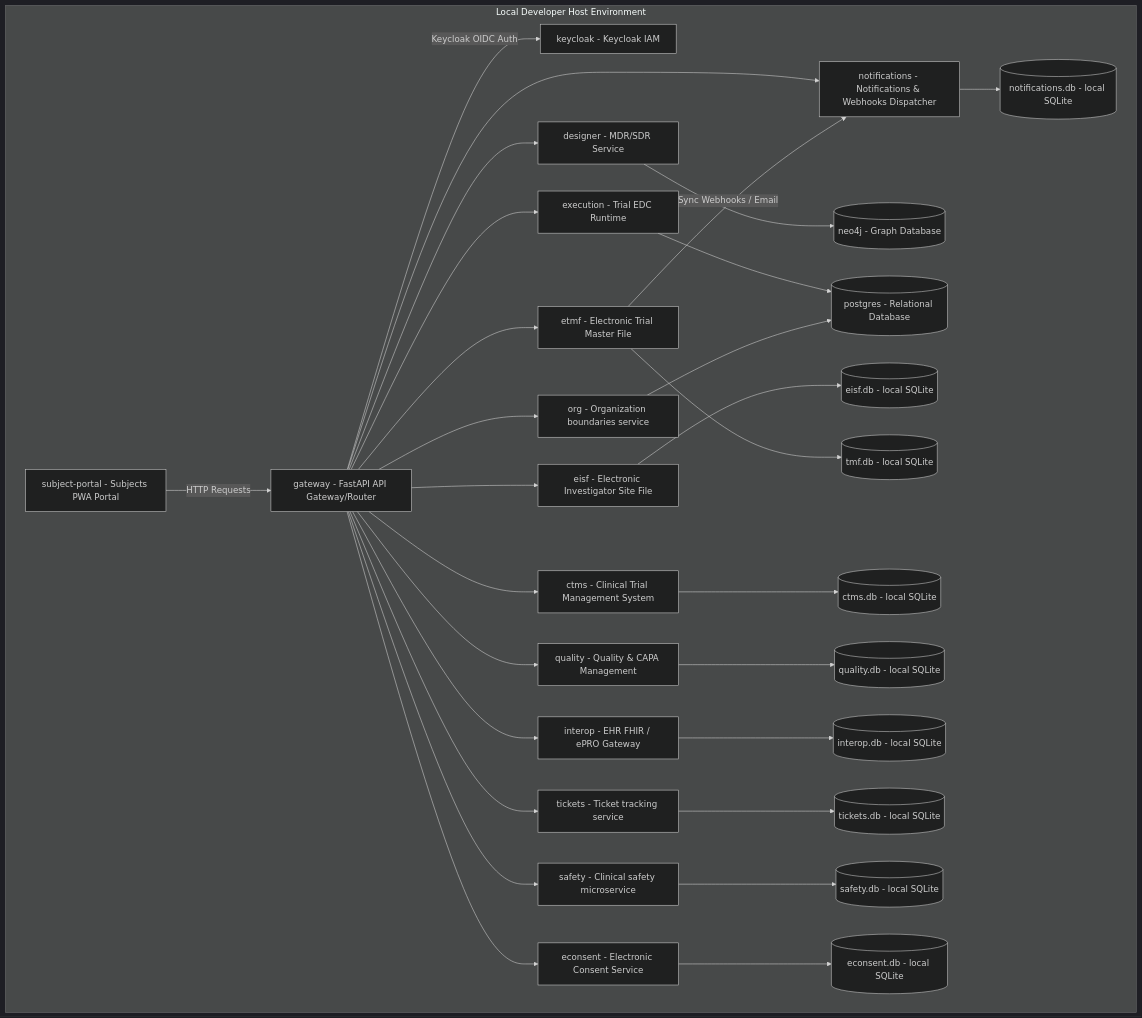
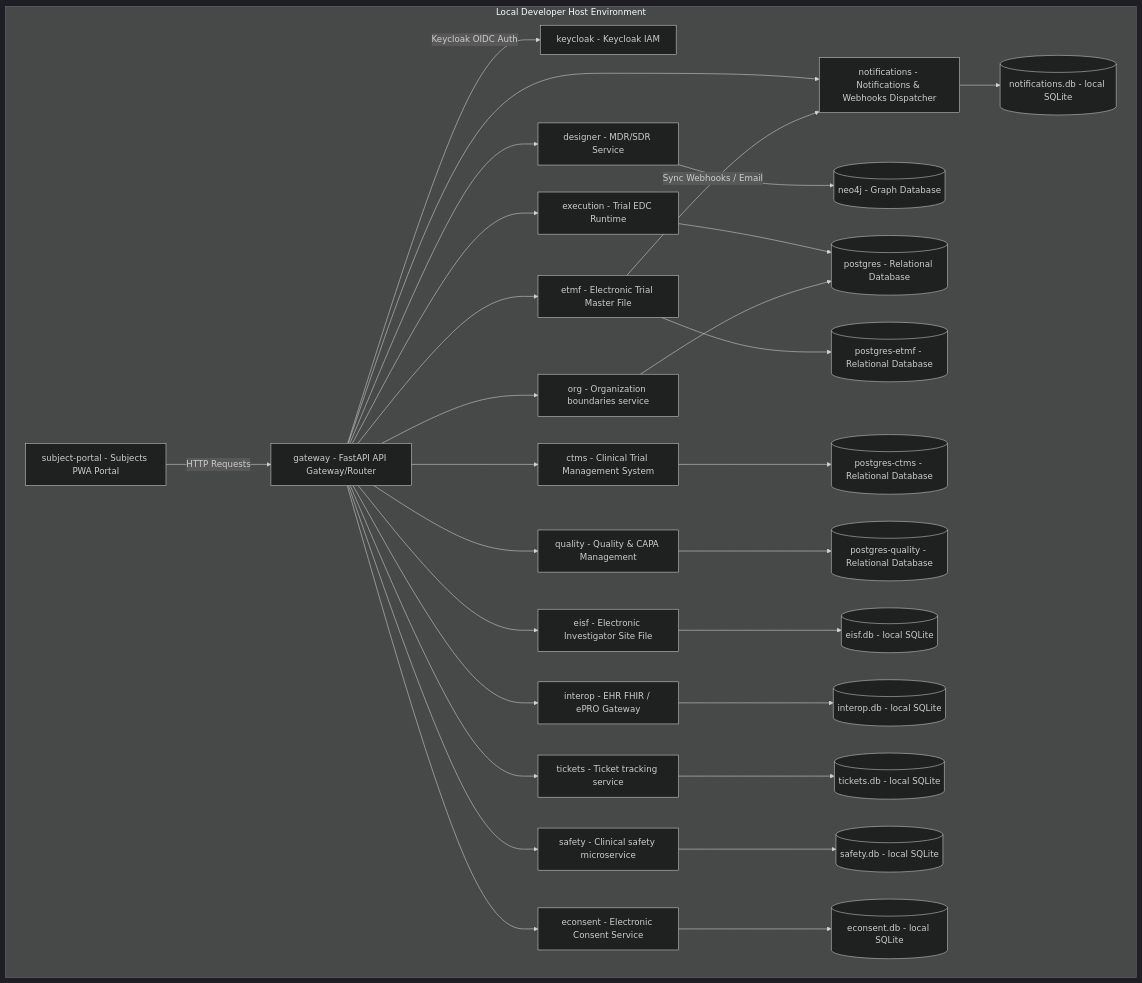
One commit to fderuiter/cadence-clinical changed the first of 2 diagrams in ARCHITECTURE.md. Above: the diagram before and after it, drawn with Mermaid (dark theme). The commit also changed other lines of this file and 1 other file, not shown here.

Commit message:
docs: update architecture diagrams to map dedicated PostgreSQL services

````diff
--- a/ARCHITECTURE.md
+++ b/ARCHITECTURE.md
@@ -162,72 +162,72 @@
 ```mermaid
 flowchart TD
     subgraph Local Developer Host Environment
         subject-portal[subject-portal - Subjects PWA Portal]
         gateway[gateway - FastAPI API Gateway/Router]
         keycloak[keycloak - Keycloak IAM]
         designer[designer - MDR/SDR Service]
         execution[execution - Trial EDC Runtime]
         org[org - Organization boundaries service]
         eisf[eisf - Electronic Investigator Site File]
         etmf[etmf - Electronic Trial Master File]
         ctms[ctms - Clinical Trial Management System]
         quality[quality - Quality & CAPA Management]
         interop[interop - EHR FHIR / ePRO Gateway]
         tickets[tickets - Ticket tracking service]
         safety[safety - Clinical safety microservice]
         notifications[notifications - Notifications & Webhooks Dispatcher]
         econsent[econsent - Electronic Consent Service]
 
         %% Databases
         postgres[(postgres - Relational Database)]
+        postgres-etmf[(postgres-etmf - Relational Database)]
+        postgres-ctms[(postgres-ctms - Relational Database)]
+        postgres-quality[(postgres-quality - Relational Database)]
         neo4j[(neo4j - Graph Database)]
 
         %% SQLite file boundaries
         sqlite_eisf[(eisf.db - local SQLite)]
-        sqlite_etmf[(tmf.db - local SQLite)]
-        sqlite_ctms[(ctms.db - local SQLite)]
-        sqlite_quality[(quality.db - local SQLite)]
         sqlite_interop[(interop.db - local SQLite)]
         sqlite_tickets[(tickets.db - local SQLite)]
         sqlite_safety[(safety.db - local SQLite)]
         sqlite_notifications[(notifications.db - local SQLite)]
         sqlite_econsent[(econsent.db - local SQLite)]
     end
 
     %% Routing Flow
     subject-portal -->|HTTP Requests| gateway
     gateway -->|Keycloak OIDC Auth| keycloak
 
     %% API Routing
     gateway --> designer
     gateway --> execution
     gateway --> org
     gateway --> eisf
     gateway --> etmf
     gateway --> ctms
     gateway --> quality
     gateway --> interop
     gateway --> tickets
     gateway --> safety
     gateway --> notifications
     gateway --> econsent
 
     %% Shared storage connections
     designer --> neo4j
     execution --> postgres
     org --> postgres
+    etmf --> postgres-etmf
+    ctms --> postgres-ctms
+    quality --> postgres-quality
 
     %% Individual SQLite files
     eisf --> sqlite_eisf
-    etmf --> sqlite_etmf
-    ctms --> sqlite_ctms
-    quality --> sqlite_quality
     interop --> sqlite_interop
     tickets --> sqlite_tickets
     safety --> sqlite_safety
     notifications --> sqlite_notifications
     econsent --> sqlite_econsent
 
     %% Inter-service events
     etmf -->|Sync Webhooks / Email| notifications
 ```
````
